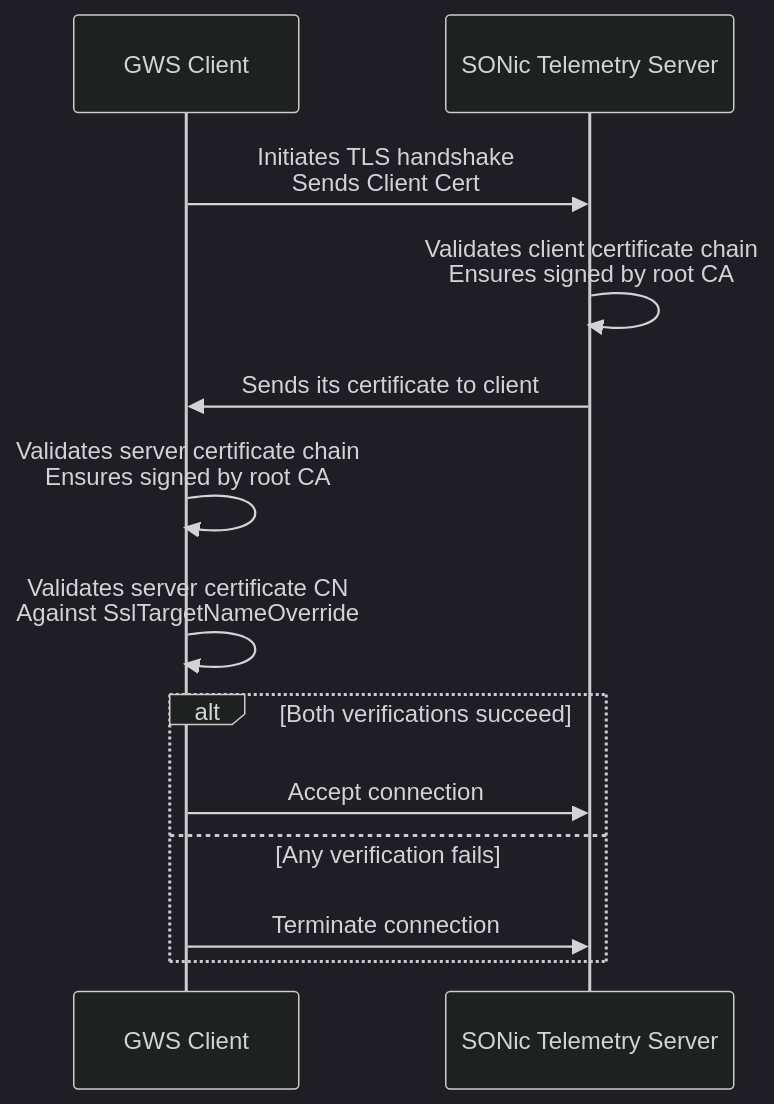
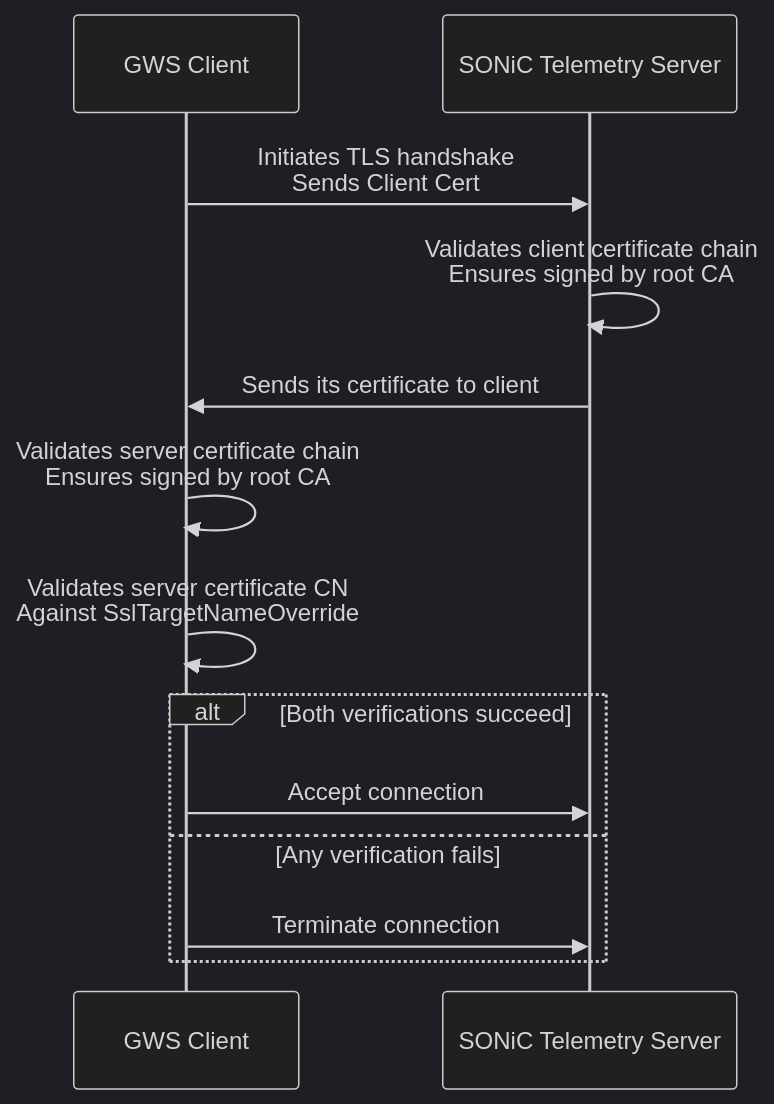
Before and after one commit to zbud-msft/mermaid: the diagram in trial.md, drawn with Mermaid (dark theme).

````diff
--- a/trial.md
+++ b/trial.md
@@ -1,17 +1,17 @@
 ```mermaid
 sequenceDiagram
     participant C as GWS Client
-    participant S as SONic Telemetry Server
+    participant S as SONiC Telemetry Server
 
 
     C->>S: Initiates TLS handshake<br/>Sends Client Cert
     S->>S: Validates client certificate chain<br/>Ensures signed by root CA
     S->>C: Sends its certificate to client
     C->>C: Validates server certificate chain<br/>Ensures signed by root CA
     C->>C: Validates server certificate CN<br/>Against SslTargetNameOverride
     alt Both verifications succeed
         C->>S: Accept connection
     else Any verification fails
         C->>S: Terminate connection
     end
 ```
````
